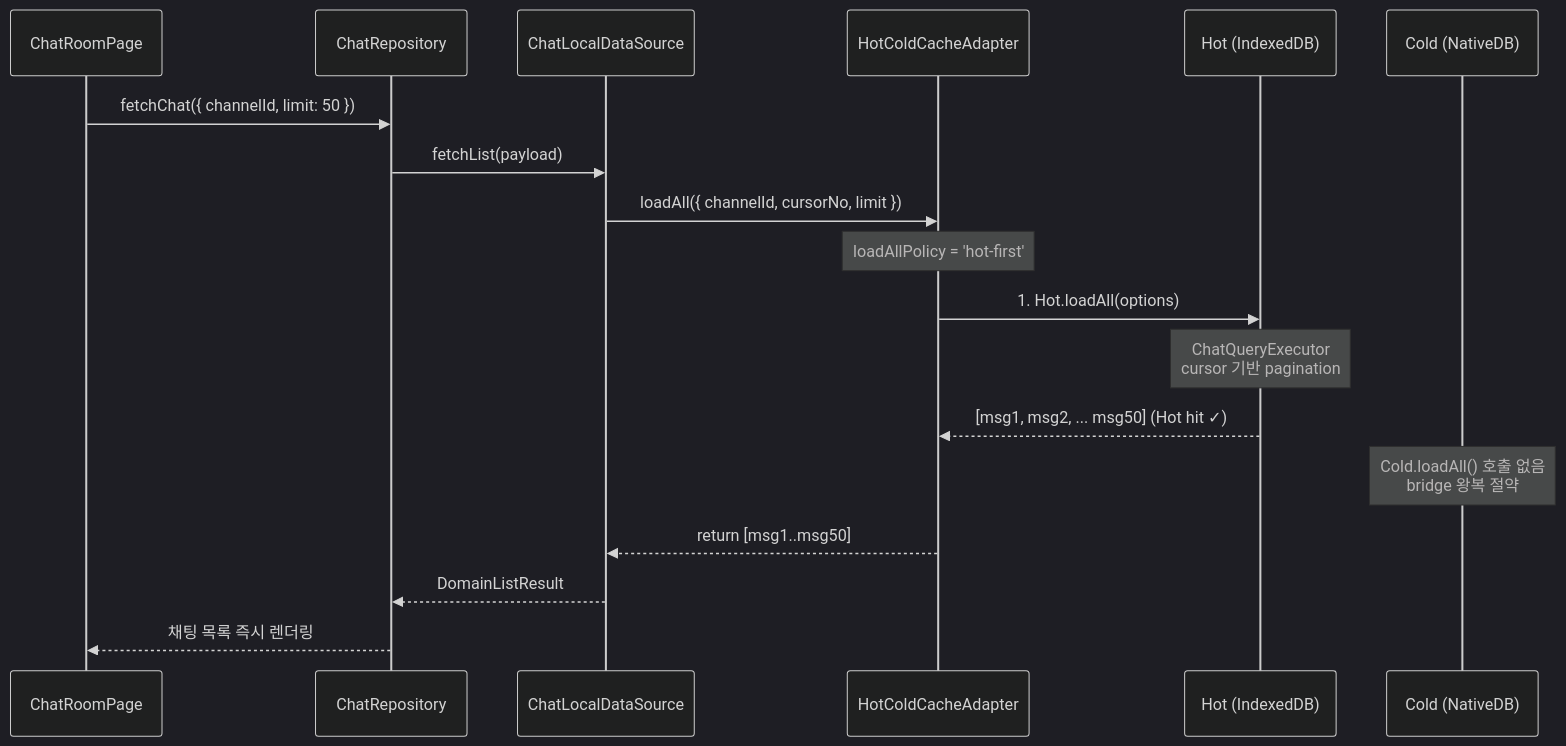
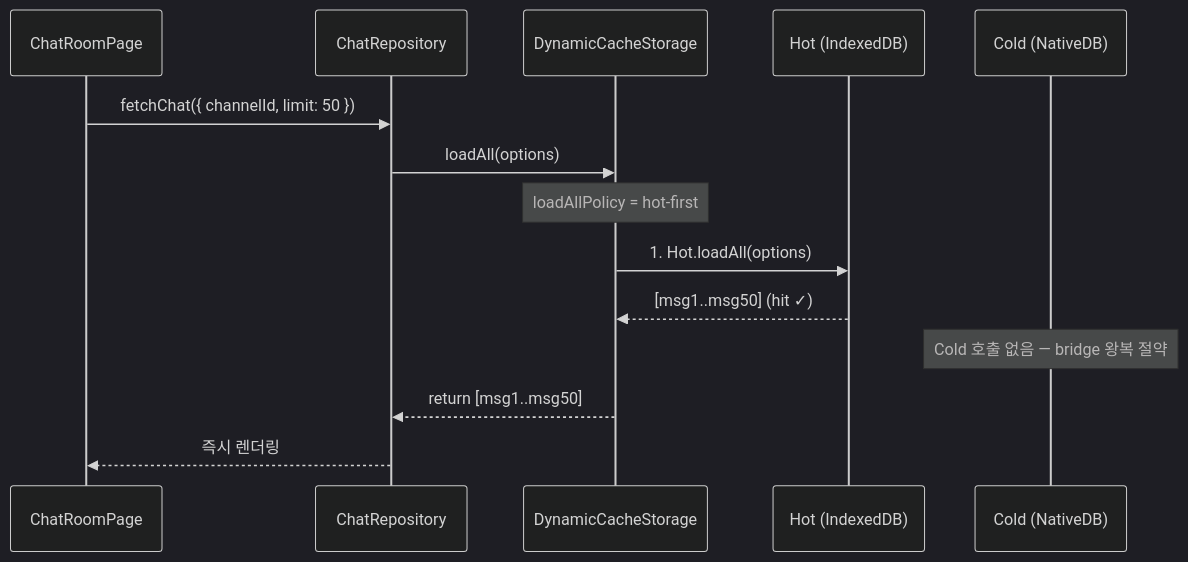
One commit to lemoncloud-io/dou-app changed the eighth of 9 diagrams in docs/specs/cache/hot-cold-cache-strategy.md. Above: the diagram before and after it, drawn with Mermaid (dark theme). The commit also changed other lines of this file, not shown here.

Commit message:
docs(cache): update hot-cold spec with DynamicCacheStorage naming and mermaid diagrams

````diff
--- a/docs/specs/cache/hot-cold-cache-strategy.md
+++ b/docs/specs/cache/hot-cold-cache-strategy.md
@@ -377,24 +292,17 @@
 ```mermaid
 sequenceDiagram
     participant UI as ChatRoomPage
     participant CR as ChatRepository
-    participant LDS as ChatLocalDataSource
-    participant HC as HotColdCacheAdapter
+    participant DC as DynamicCacheStorage
     participant Hot as Hot (IndexedDB)
     participant Cold as Cold (NativeDB)
 
     UI->>CR: fetchChat({ channelId, limit: 50 })
-    CR->>LDS: fetchList(payload)
-    LDS->>HC: loadAll({ channelId, cursorNo, limit })
-
-    Note over HC: loadAllPolicy = 'hot-first'
-    HC->>Hot: 1. Hot.loadAll(options)
-    Note over Hot: ChatQueryExecutor<br/>cursor 기반 pagination
-    Hot-->>HC: [msg1, msg2, ... msg50] (Hot hit ✓)
-
-    Note over Cold: Cold.loadAll() 호출 없음<br/>bridge 왕복 절약
-
-    HC-->>LDS: return [msg1..msg50]
-    LDS-->>CR: DomainListResult
-    CR-->>UI: 채팅 목록 즉시 렌더링
+    CR->>DC: loadAll(options)
+    Note over DC: loadAllPolicy = hot-first
+    DC->>Hot: 1. Hot.loadAll(options)
+    Hot-->>DC: [msg1..msg50] (hit ✓)
+    Note over Cold: Cold 호출 없음 — bridge 왕복 절약
+    DC-->>CR: return [msg1..msg50]
+    CR-->>UI: 즉시 렌더링
 ```
````
